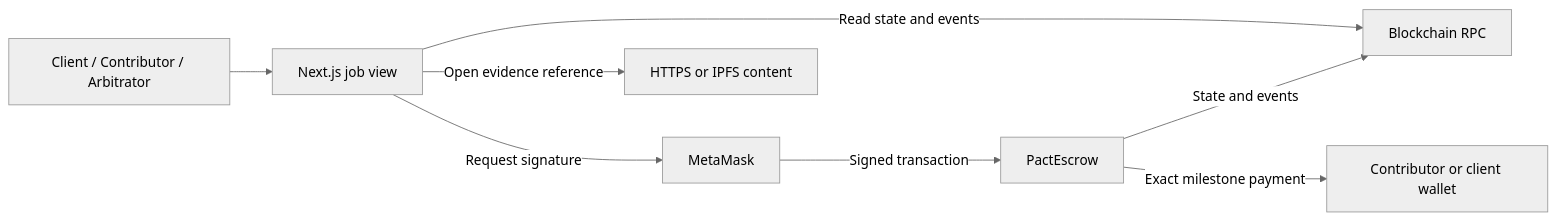
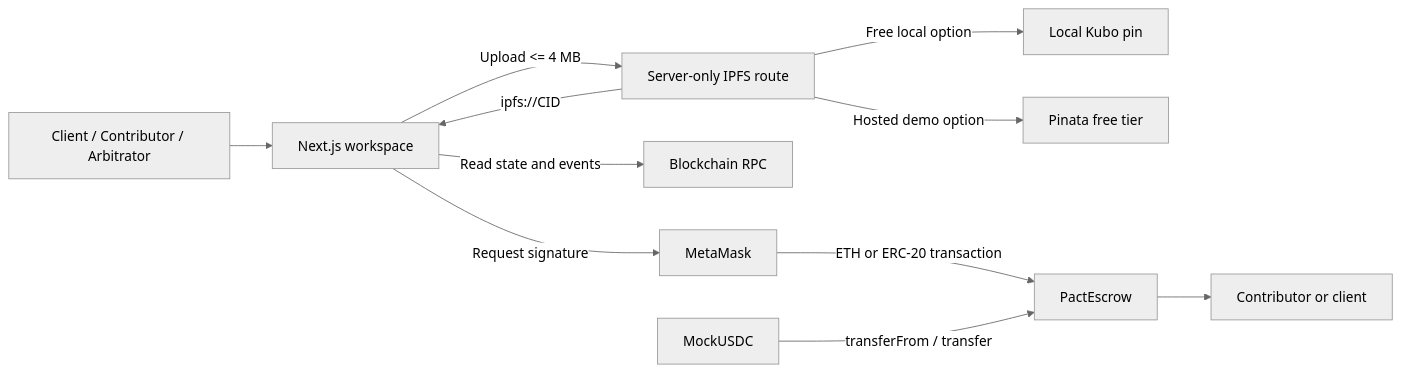
Before and after one commit to sgoel2be24-cyber/pact: the first of 2 diagrams in docs/ARCHITECTURE.md, drawn with Mermaid (neutral theme). The commit also changed other lines of this file and 31 other files, not shown here.

````diff
--- a/docs/ARCHITECTURE.md
+++ b/docs/ARCHITECTURE.md
@@ -3,10 +3,13 @@
 ```mermaid
 flowchart LR
-    Person[Client / Contributor / Arbitrator] --> UI[Next.js job view]
+    Person[Client / Contributor / Arbitrator] --> UI[Next.js workspace]
+    UI -->|Upload <= 4 MB| Pin[Server-only IPFS route]
+    Pin -->|Free local option| Kubo[Local Kubo pin]
+    Pin -->|Hosted demo option| Pinata[Pinata free tier]
+    Pin -->|ipfs://CID| UI
     UI -->|Read state and events| RPC[Blockchain RPC]
     UI -->|Request signature| Wallet[MetaMask]
-    Wallet -->|Signed transaction| Contract[PactEscrow]
-    Contract -->|Exact milestone payment| Recipient[Contributor or client wallet]
-    Contract -->|State and events| RPC
-    UI -->|Open evidence reference| Evidence[HTTPS or IPFS content]
+    Wallet -->|ETH or ERC-20 transaction| Escrow[PactEscrow]
+    Token[MockUSDC] -->|transferFrom / transfer| Escrow
+    Escrow --> Recipient[Contributor or client]
 ```
````
